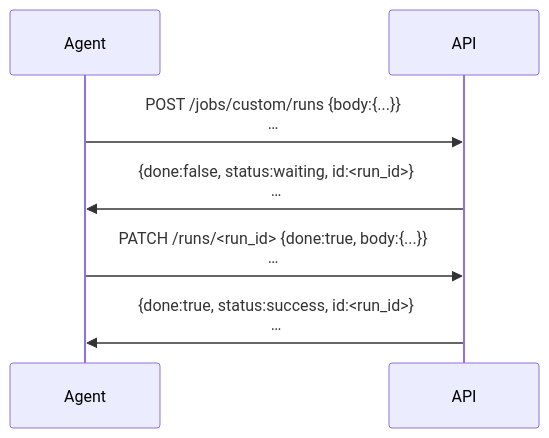
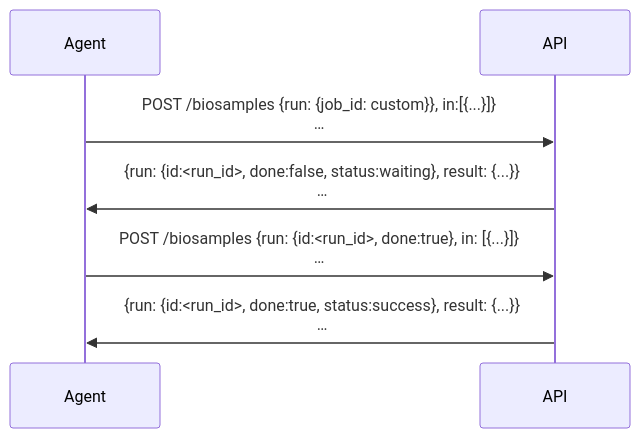
Before and after one commit to microbiomedata/nmdc-runtime: the fourth of 4 diagrams in docs/draft.md, drawn with Mermaid. The commit also changed other lines of this file, not shown here.

````diff
--- a/docs/draft.md
+++ b/docs/draft.md
@@ -77,9 +76,9 @@
 ```mermaid
 sequenceDiagram
     participant Agent
     participant API  
-    Agent->>API: POST /jobs/custom/runs {body:{...}}<br/>…
-    API->>Agent: {done:false, status:waiting, id:<run_id>}<br/>…
-    Agent->>API: PATCH /runs/<run_id> {done:true, body:{...}}<br/>…
-    API->>Agent: {done:true, status:success, id:<run_id>}<br/>…
+    Agent->>API: POST /biosamples {run: {job_id: custom}}, in:[{...}]}<br/>…
+    API->>Agent: {run: {id:<run_id>, done:false, status:waiting}, result: {...}}<br/>…
+    Agent->>API: POST /biosamples {run: {id:<run_id>, done:true}, in: [{...}]}<br/>…
+    API->>Agent: {run: {id:<run_id>, done:true, status:success}, result: {...}}<br/>…
 ```
````
